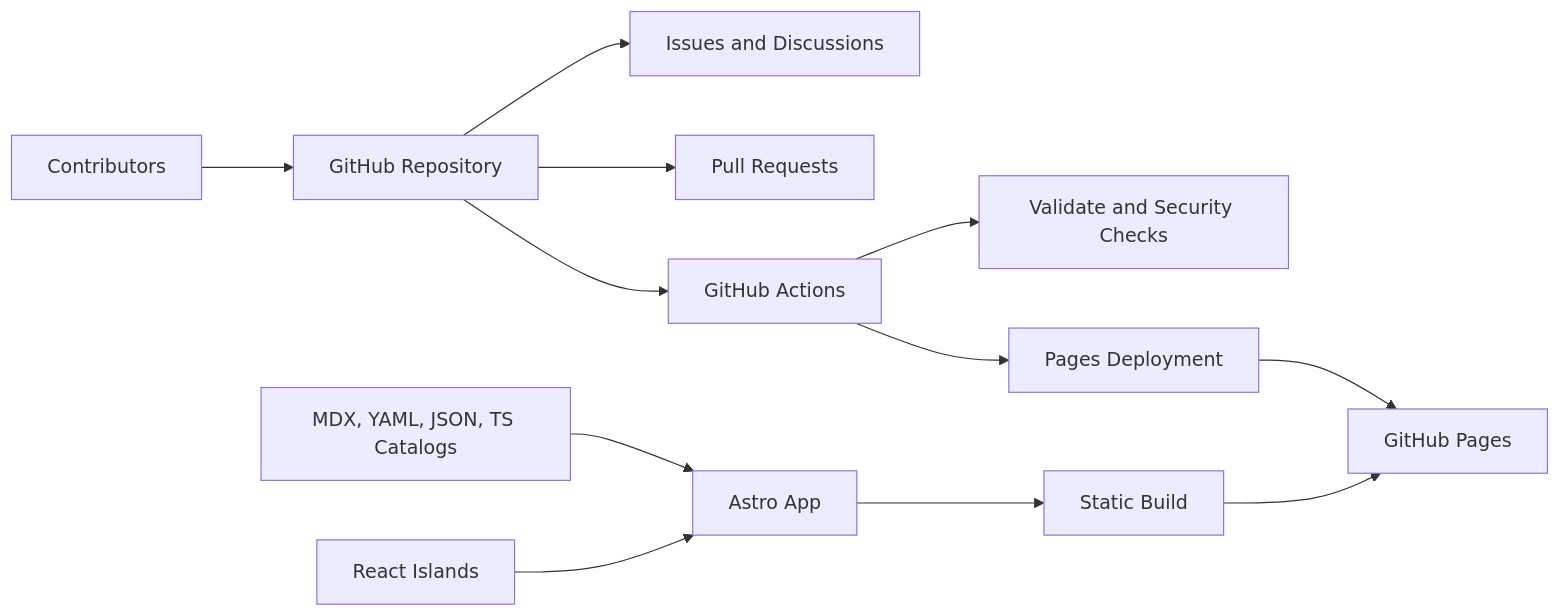
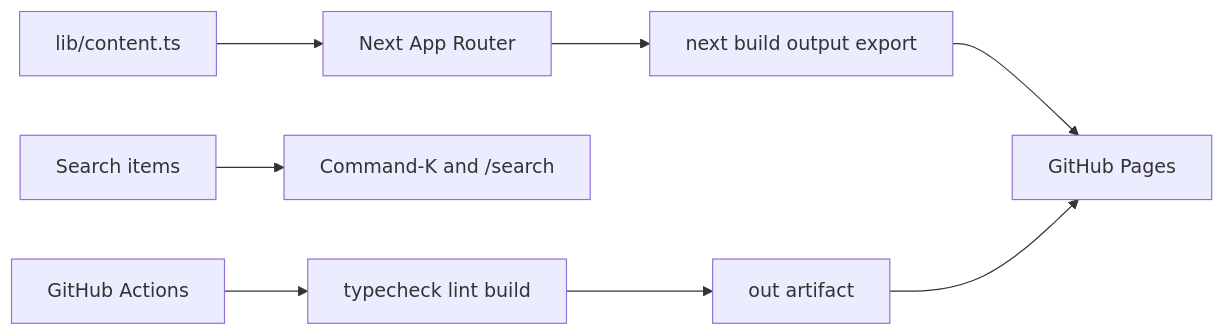
Before and after one commit to DipakMandlik/AIbyDM: the diagram in ARCHITECTURE.md, drawn with Mermaid. The commit also changed other lines of this file and 163 other files, not shown here.

````diff
--- a/ARCHITECTURE.md
+++ b/ARCHITECTURE.md
@@ -15,14 +16,10 @@
 ```mermaid
 flowchart LR
-    Contributors[Contributors] --> GitHub[GitHub Repository]
-    GitHub --> Issues[Issues and Discussions]
-    GitHub --> PRs[Pull Requests]
-    GitHub --> Actions[GitHub Actions]
-    Content[MDX, YAML, JSON, TS Catalogs] --> Astro[Astro App]
-    React[React Islands] --> Astro
-    Astro --> Build[Static Build]
-    Actions --> Validate[Validate and Security Checks]
-    Actions --> Deploy[Pages Deployment]
-    Build --> Pages[GitHub Pages]
+    Content[lib/content.ts] --> Routes[Next App Router]
+    Routes --> StaticExport[next build output export]
+    StaticExport --> Pages[GitHub Pages]
+    SearchIndex[Search items] --> ClientSearch[Command-K and /search]
+    GitHub[GitHub Actions] --> Validate[typecheck lint build]
+    Validate --> Deploy[out artifact]
     Deploy --> Pages
 ```
````
